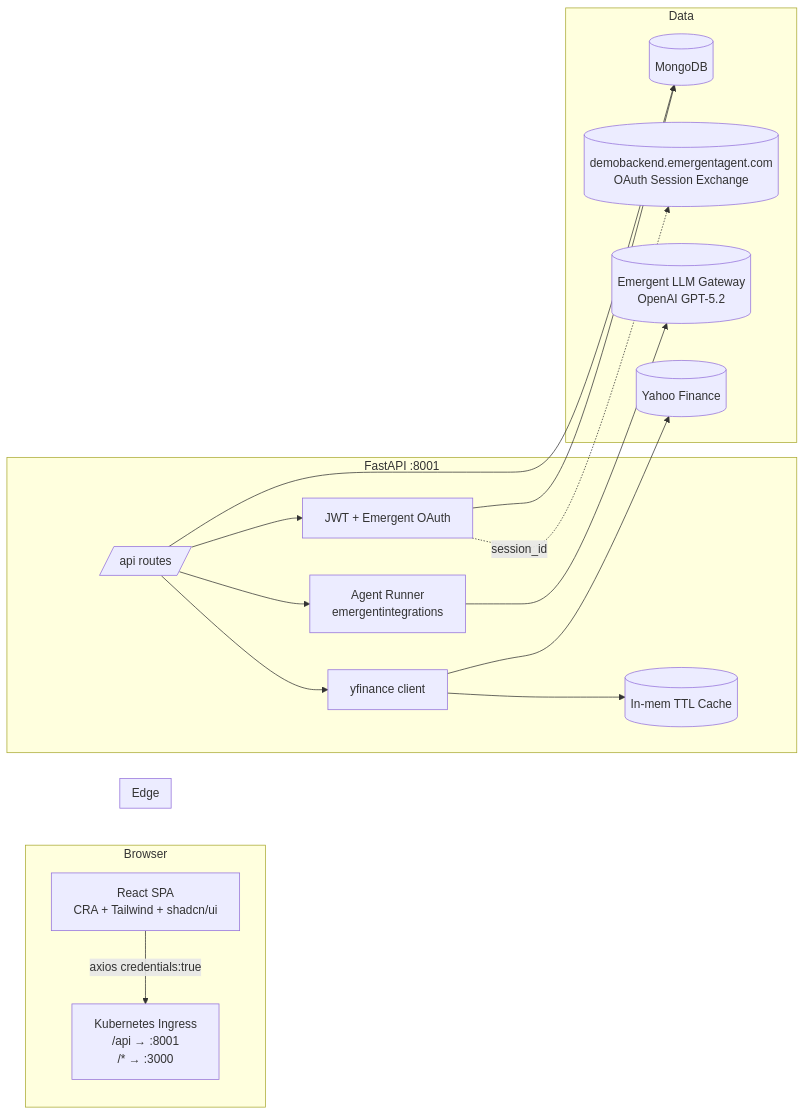
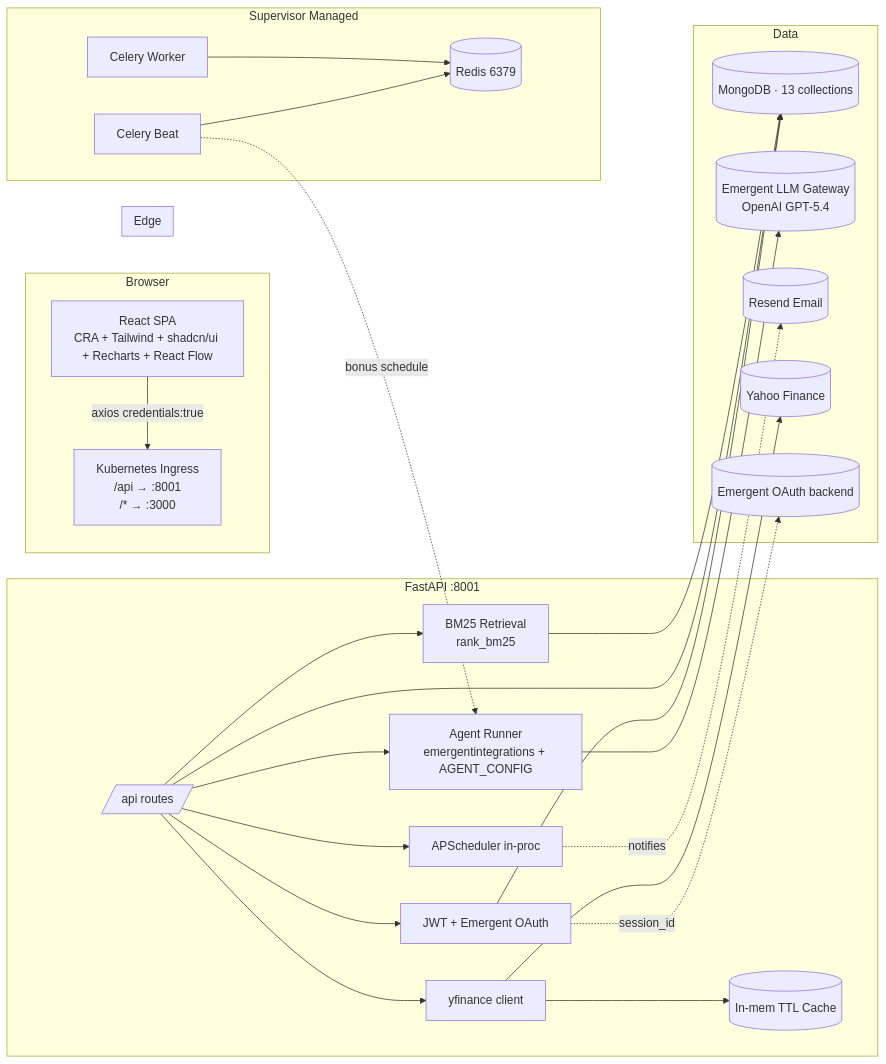
One commit to Asethi984/IntelligenceOS changed the first of 8 diagrams in TECHNICAL_GUIDE.md. Above: the diagram before and after it, drawn with Mermaid. The commit also changed other lines of this file and 1 other file, not shown here.

````diff
--- a/TECHNICAL_GUIDE.md
+++ b/TECHNICAL_GUIDE.md
@@ -42,36 +40,52 @@
 ```mermaid
 flowchart LR
   subgraph Browser
-    UI[React SPA<br/>CRA + Tailwind + shadcn/ui]
+    UI[React SPA<br/>CRA + Tailwind + shadcn/ui + Recharts + React Flow]
     UI -->|axios credentials:true| GW
   end
 
   subgraph Edge
     GW[Kubernetes Ingress<br/>/api → :8001<br/>/* → :3000]
   end
 
   subgraph Backend[FastAPI :8001]
     RT[/api routes/]
     AUTH[JWT + Emergent OAuth]
-    AGENTS[Agent Runner<br/>emergentintegrations]
+    AGENTS[Agent Runner<br/>emergentintegrations + AGENT_CONFIG]
+    RAG[BM25 Retrieval<br/>rank_bm25]
+    SCHED[APScheduler in-proc]
     CACHE[(In-mem TTL Cache)]
     YF[yfinance client]
   end
 
+  subgraph Workers[Supervisor Managed]
+    REDIS[(Redis 6379)]
+    CW[Celery Worker]
+    CB[Celery Beat]
+  end
+
   subgraph Data
-    MDB[(MongoDB)]
-    EMERGENT[(demobackend.emergentagent.com<br/>OAuth Session Exchange)]
-    LLM[(Emergent LLM Gateway<br/>OpenAI GPT-5.2)]
+    MDB[(MongoDB · 13 collections)]
+    LLM[(Emergent LLM Gateway<br/>OpenAI GPT-5.4)]
+    RESEND[(Resend Email)]
     YFAPI[(Yahoo Finance)]
+    EMERGENT[(Emergent OAuth backend)]
   end
 
   RT --> AUTH
   RT --> AGENTS
+  RT --> RAG
   RT --> YF
+  RT --> SCHED
   AGENTS --> LLM
   YF --> YFAPI
   YF --> CACHE
   AUTH --> MDB
   RT --> MDB
+  RAG --> MDB
   AUTH -.session_id.-> EMERGENT
+  SCHED -.notifies.-> RESEND
+  CB --> REDIS
+  CW --> REDIS
+  CB -.bonus schedule.-> AGENTS
 ```
````
